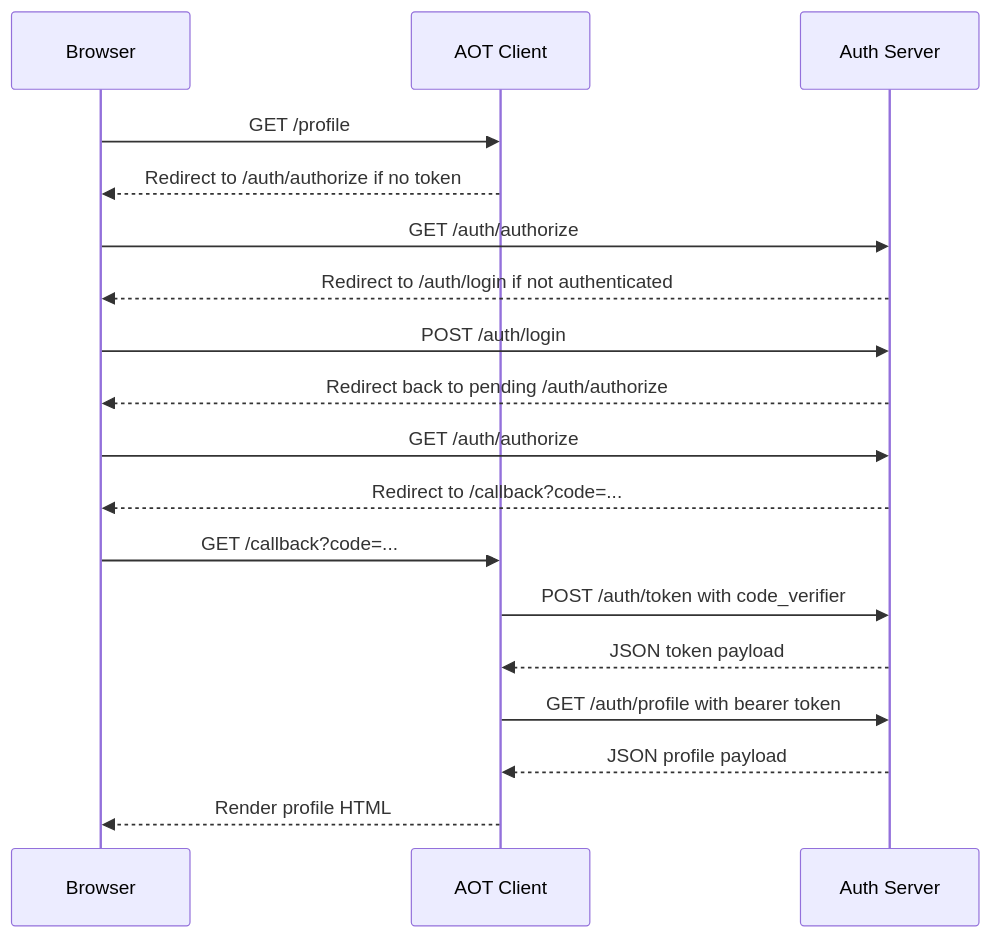
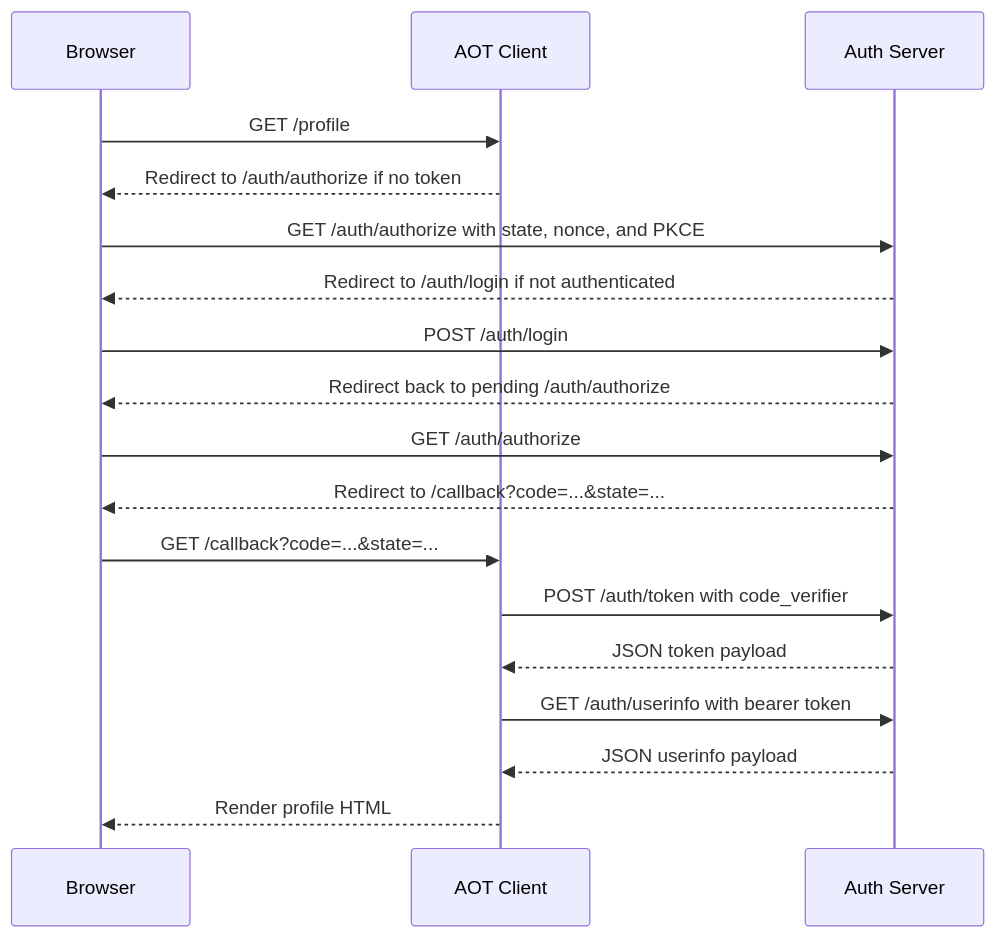
Before and after one commit to GreenDude/ALT-Identity: the diagram in docs/architecture.md, drawn with Mermaid. The commit also changed other lines of this file and 22 other files, not shown here.

````diff
--- a/docs/architecture.md
+++ b/docs/architecture.md
@@ -71,21 +83,21 @@
 ```mermaid
 sequenceDiagram
     participant Browser
     participant AOT as AOT Client
     participant Auth as Auth Server
 
     Browser->>AOT: GET /profile
     AOT-->>Browser: Redirect to /auth/authorize if no token
-    Browser->>Auth: GET /auth/authorize
+    Browser->>Auth: GET /auth/authorize with state, nonce, and PKCE
     Auth-->>Browser: Redirect to /auth/login if not authenticated
     Browser->>Auth: POST /auth/login
     Auth-->>Browser: Redirect back to pending /auth/authorize
     Browser->>Auth: GET /auth/authorize
-    Auth-->>Browser: Redirect to /callback?code=...
-    Browser->>AOT: GET /callback?code=...
+    Auth-->>Browser: Redirect to /callback?code=...&state=...
+    Browser->>AOT: GET /callback?code=...&state=...
     AOT->>Auth: POST /auth/token with code_verifier
     Auth-->>AOT: JSON token payload
-    AOT->>Auth: GET /auth/profile with bearer token
-    Auth-->>AOT: JSON profile payload
+    AOT->>Auth: GET /auth/userinfo with bearer token
+    Auth-->>AOT: JSON userinfo payload
     AOT-->>Browser: Render profile HTML
 ```
````
